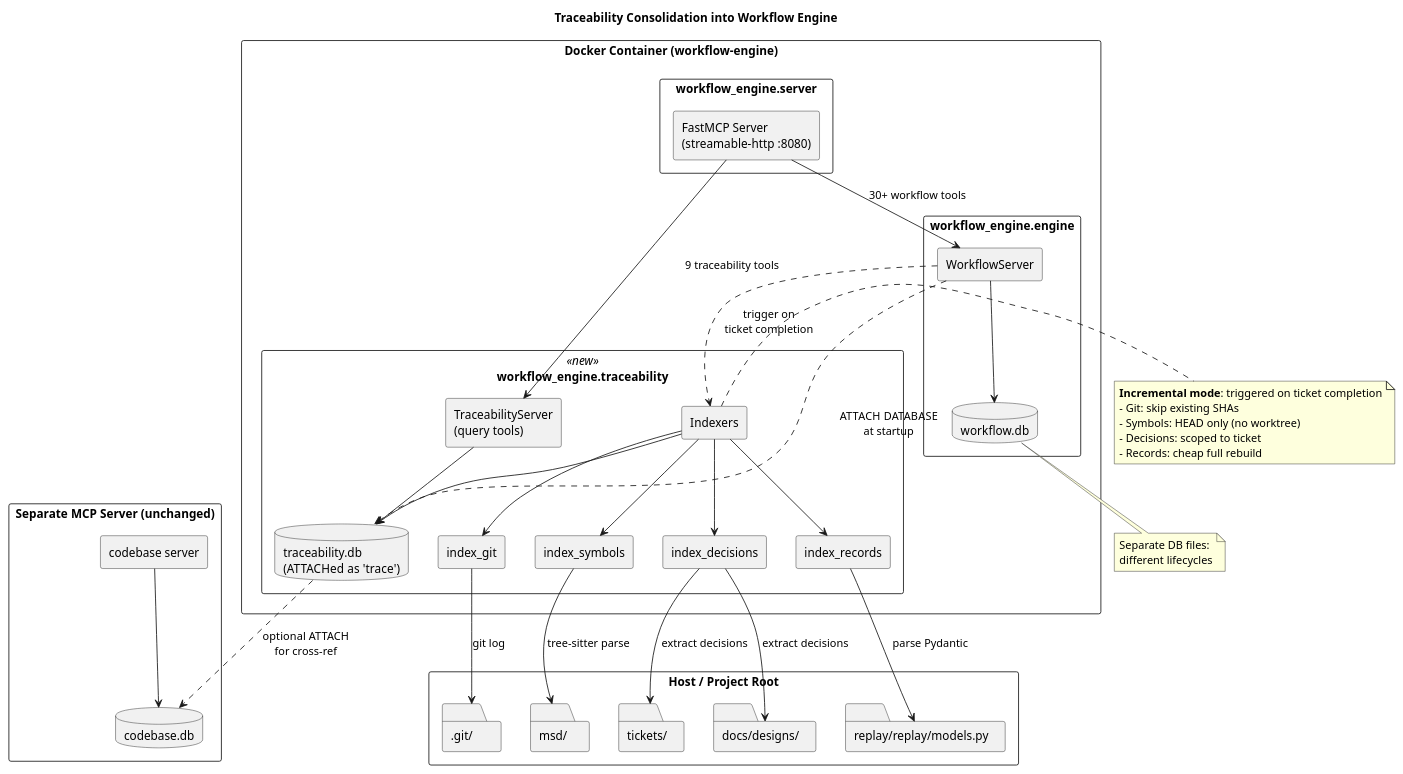
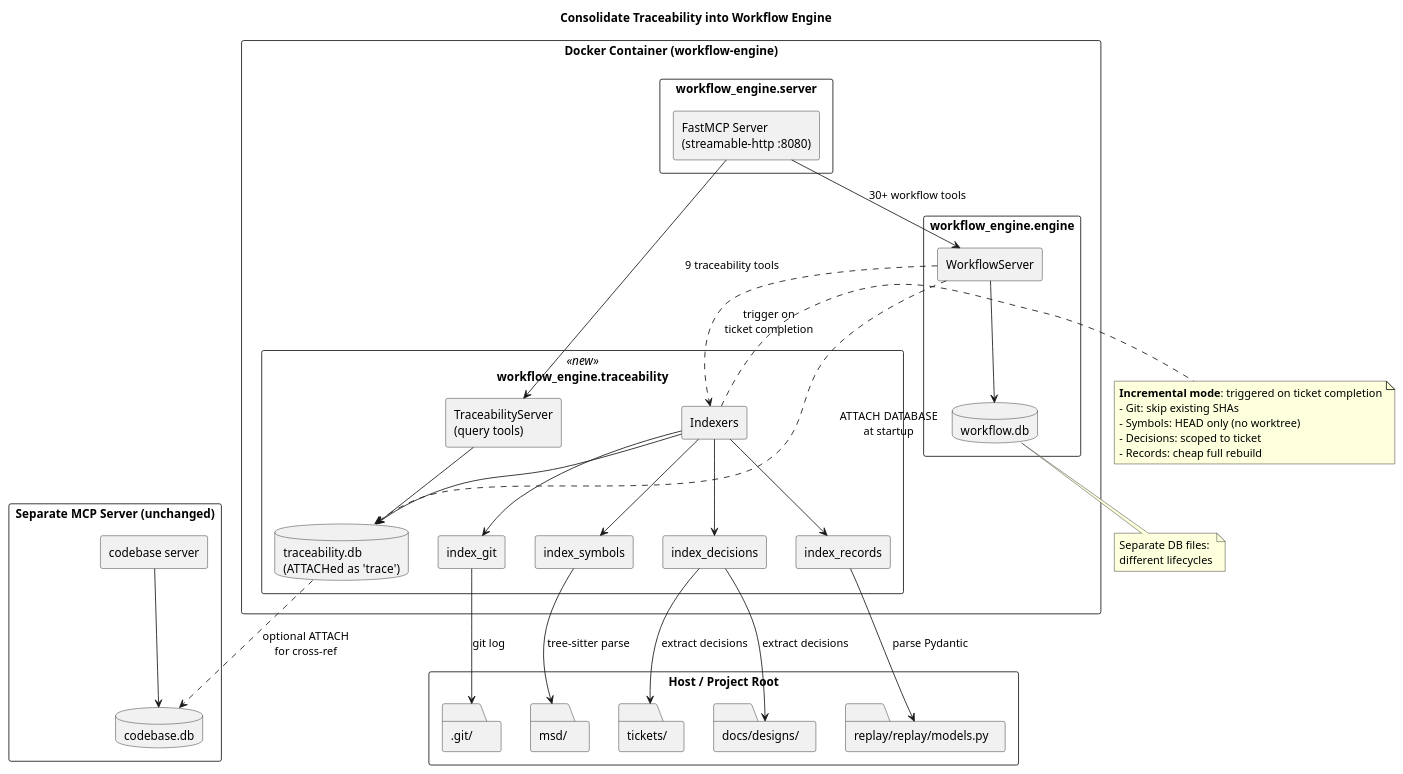
The diagram in docs/designs/0085_traceability_workflow_consolidation/0085_traceability_workflow_consolidation.puml (danielnewman09/MSD-CPP), drawn with PlantUML before and after one commit.

Commit message:
design: update PlantUML diagram title (0085)

```diff
--- a/docs/designs/0085_traceability_workflow_consolidation/0085_traceability_workflow_consolidation.puml
+++ b/docs/designs/0085_traceability_workflow_consolidation/0085_traceability_workflow_consolidation.puml
@@ -1,80 +1,80 @@
 @startuml 0085_traceability_workflow_consolidation
 
-title Traceability Consolidation into Workflow Engine
+title Consolidate Traceability into Workflow Engine
 skinparam packageStyle rectangle
 skinparam componentStyle rectangle
 
 package "Docker Container (workflow-engine)" {
 
     package "workflow_engine.server" {
         component [FastMCP Server\n(streamable-http :8080)] as MCP
     }
 
     package "workflow_engine.engine" {
         component [WorkflowServer] as WS
         database "workflow.db" as WDB
         WS --> WDB
     }
 
     package "workflow_engine.traceability" <<new>> {
         component [TraceabilityServer\n(query tools)] as TS
         component [Indexers] as IDX
 
         component [index_git] as IG
         component [index_symbols] as IS
         component [index_decisions] as ID
         component [index_records] as IR
 
         IDX --> IG
         IDX --> IS
         IDX --> ID
         IDX --> IR
 
         database "traceability.db\n(ATTACHed as 'trace')" as TDB
         TS --> TDB
         IDX --> TDB
     }
 
     MCP --> WS : 30+ workflow tools
     MCP --> TS : 9 traceability tools
 
     WS ..> TDB : ATTACH DATABASE\nat startup
     WS ..> IDX : trigger on\nticket completion
 }
 
 package "Host / Project Root" {
     folder ".git/" as GIT
     folder "msd/" as SRC
     folder "docs/designs/" as DESIGNS
     folder "tickets/" as TICKETS
     folder "replay/replay/models.py" as MODELS
 }
 
 IG --> GIT : git log
 IS --> SRC : tree-sitter parse
 ID --> DESIGNS : extract decisions
 ID --> TICKETS : extract decisions
 IR --> MODELS : parse Pydantic
 
 package "Separate MCP Server (unchanged)" {
     component [codebase server] as CS
     database "codebase.db" as CDB
     CS --> CDB
 }
 
 TDB ..> CDB : optional ATTACH\nfor cross-ref
 
 note right of IDX
   **Incremental mode**: triggered on ticket completion
   - Git: skip existing SHAs
   - Symbols: HEAD only (no worktree)
   - Decisions: scoped to ticket
   - Records: cheap full rebuild
 end note
 
 note bottom of WDB
   Separate DB files:
   different lifecycles
 end note
 
 @enduml
```
